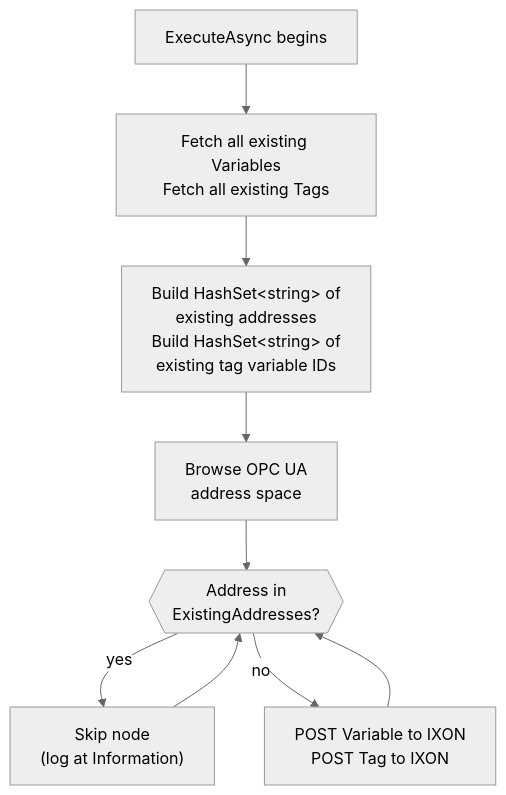
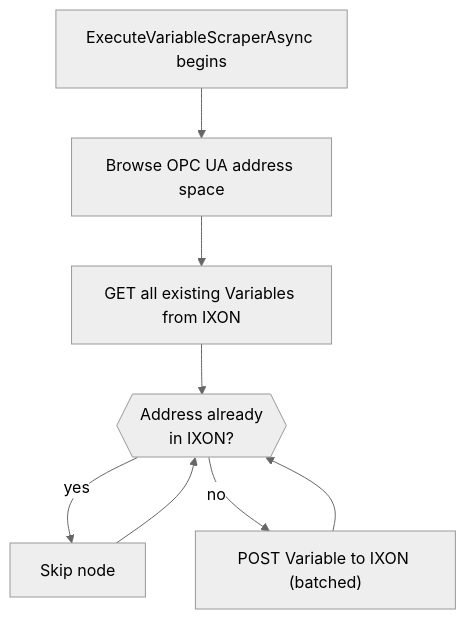
Before and after one commit to Rebel-it/rebel-ot-discover-edgeapp: the first of 2 diagrams in docs/08_crosscutting_concepts.adoc, drawn with Mermaid (neutral theme). The commit also changed other lines of this file and 12 other files, not shown here.

```diff
--- a/docs/08_crosscutting_concepts.adoc
+++ b/docs/08_crosscutting_concepts.adoc
@@ -64,17 +42,16 @@
 [mermaid]
 ....
 flowchart TD
-    start["ExecuteAsync begins"]
-    fetch["Fetch all existing Variables\nFetch all existing Tags"]
-    index["Build HashSet&lt;string&gt; of\nexisting addresses\nBuild HashSet&lt;string&gt; of\nexisting tag variable IDs"]
-    browse["Browse OPC UA\naddress space"]
-    check{{"Address in\nExistingAddresses?"}}
-    skip["Skip node\n(log at Information)"]
-    post["POST Variable to IXON\nPOST Tag to IXON"]
+    start["ExecuteVariableScraperAsync begins"]
+    browse["Browse OPC UA address space"]
+    fetch["GET all existing Variables from IXON"]
+    check{{"Address already\nin IXON?"}}
+    skip["Skip node"]
+    post["POST Variable to IXON (batched)"]
 
-    start --> fetch --> index --> browse --> check
+    start --> browse --> fetch --> check
     check -->|"yes"| skip
     check -->|"no"| post
     post --> check
     skip --> check
 ....
```
